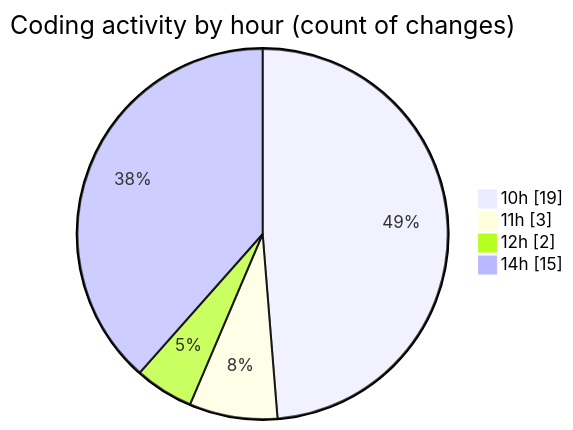
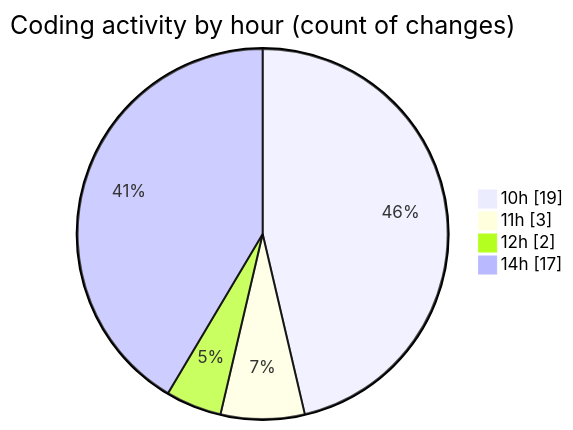
The second of 2 diagrams in 2025-10-01/cda/README.md (momahboobian/code-tracking), drawn with Mermaid before and after one commit. The commit also changed other lines of this file and 1 other file, not shown here.

````diff
--- a/2025-10-01/cda/README.md
+++ b/2025-10-01/cda/README.md
@@ -34,8 +34,8 @@
 ```mermaid
 pie showData
 title Coding activity by hour (count of changes)
 "10h" : 19
 "11h" : 3
 "12h" : 2
-"14h" : 15
+"14h" : 17
 ```
````
